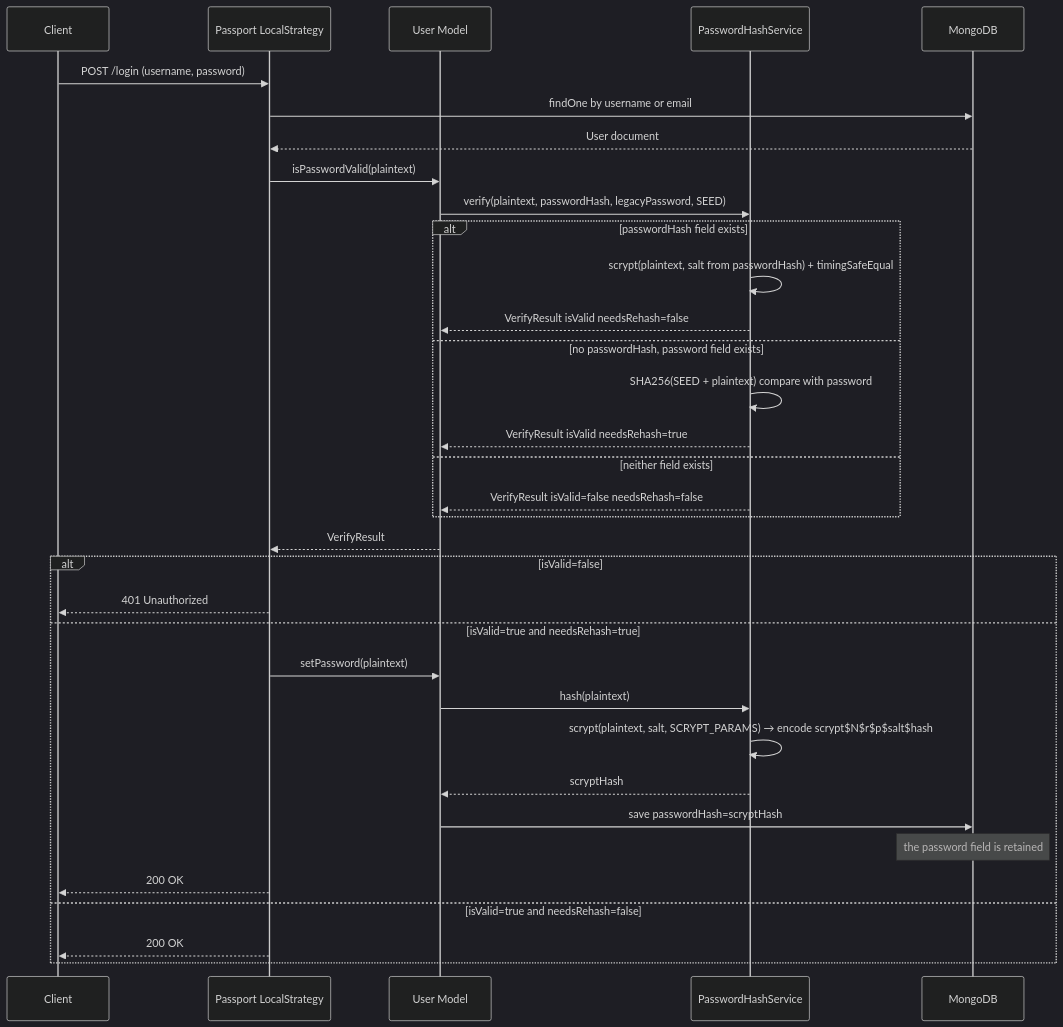
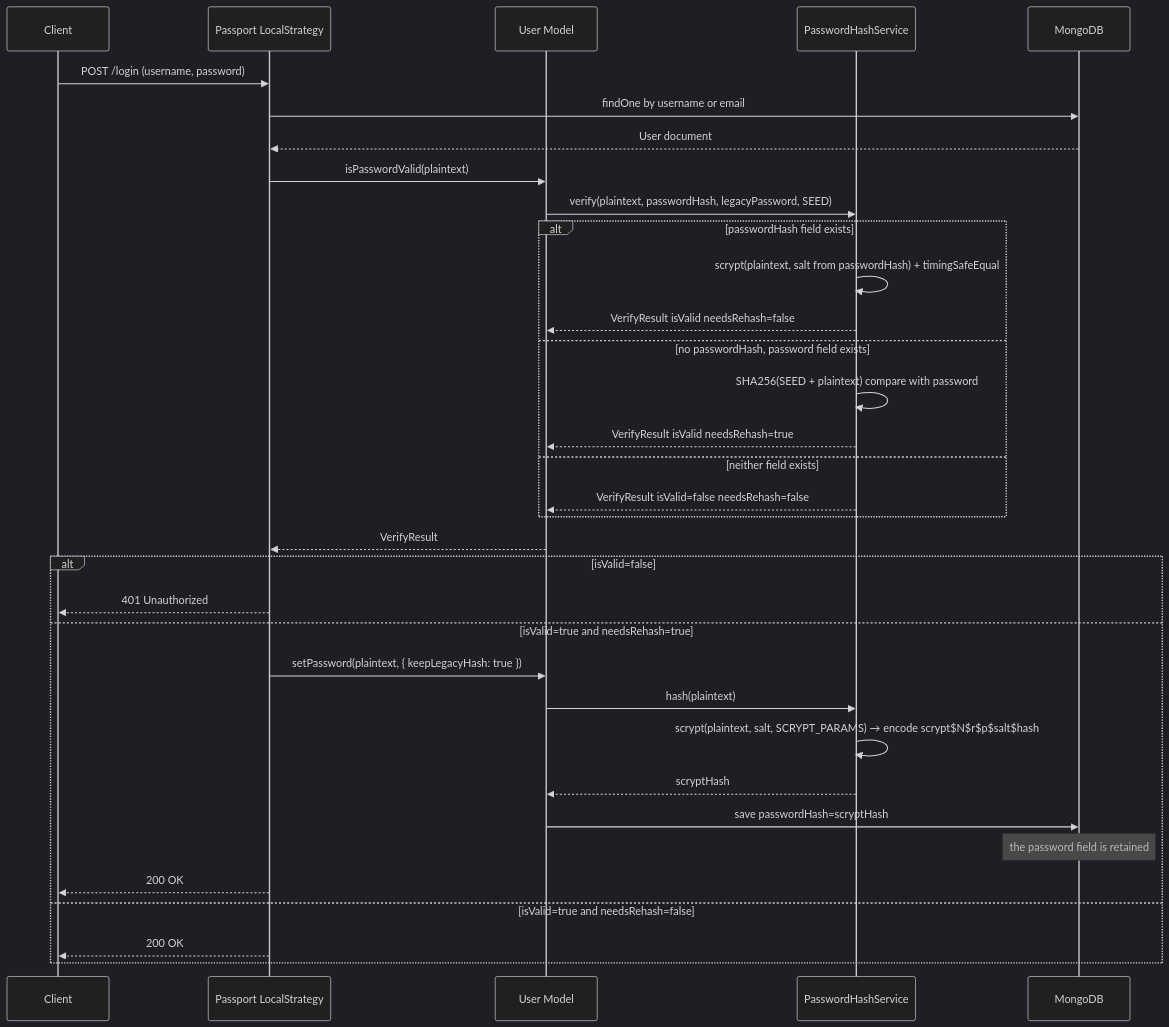
The second of 4 diagrams in .kiro/specs/password-hash-upgrade/design.md (growilabs/growi), drawn with Mermaid (dark theme) before and after one commit. The commit also changed other lines of this file and 3 other files, not shown here.

First line of the commit message:
docs(password-hash-upgrade): reconcile the spec with the review fixes

````diff
--- a/.kiro/specs/password-hash-upgrade/design.md
+++ b/.kiro/specs/password-hash-upgrade/design.md
@@ -203,37 +241,37 @@
 ```mermaid
 sequenceDiagram
     participant Client
     participant Passport as Passport LocalStrategy
     participant User as User Model
     participant PHS as PasswordHashService
     participant DB as MongoDB
 
     Client->>Passport: POST /login (username, password)
     Passport->>DB: findOne by username or email
     DB-->>Passport: User document
     Passport->>User: isPasswordValid(plaintext)
     User->>PHS: verify(plaintext, passwordHash, legacyPassword, SEED)
     alt passwordHash field exists
         PHS->>PHS: scrypt(plaintext, salt from passwordHash) + timingSafeEqual
         PHS-->>User: VerifyResult isValid needsRehash=false
     else no passwordHash, password field exists
         PHS->>PHS: SHA256(SEED + plaintext) compare with password
         PHS-->>User: VerifyResult isValid needsRehash=true
     else neither field exists
         PHS-->>User: VerifyResult isValid=false needsRehash=false
     end
     User-->>Passport: VerifyResult
     alt isValid=false
         Passport-->>Client: 401 Unauthorized
     else isValid=true and needsRehash=true
-        Passport->>User: setPassword(plaintext)
+        Passport->>User: setPassword(plaintext, { keepLegacyHash: true })
         User->>PHS: hash(plaintext)
         PHS->>PHS: scrypt(plaintext, salt, SCRYPT_PARAMS) → encode scrypt$N$r$p$salt$hash
         PHS-->>User: scryptHash
         User->>DB: save passwordHash=scryptHash
         Note over DB: the password field is retained
         Passport-->>Client: 200 OK
     else isValid=true and needsRehash=false
         Passport-->>Client: 200 OK
     end
 ```
````
